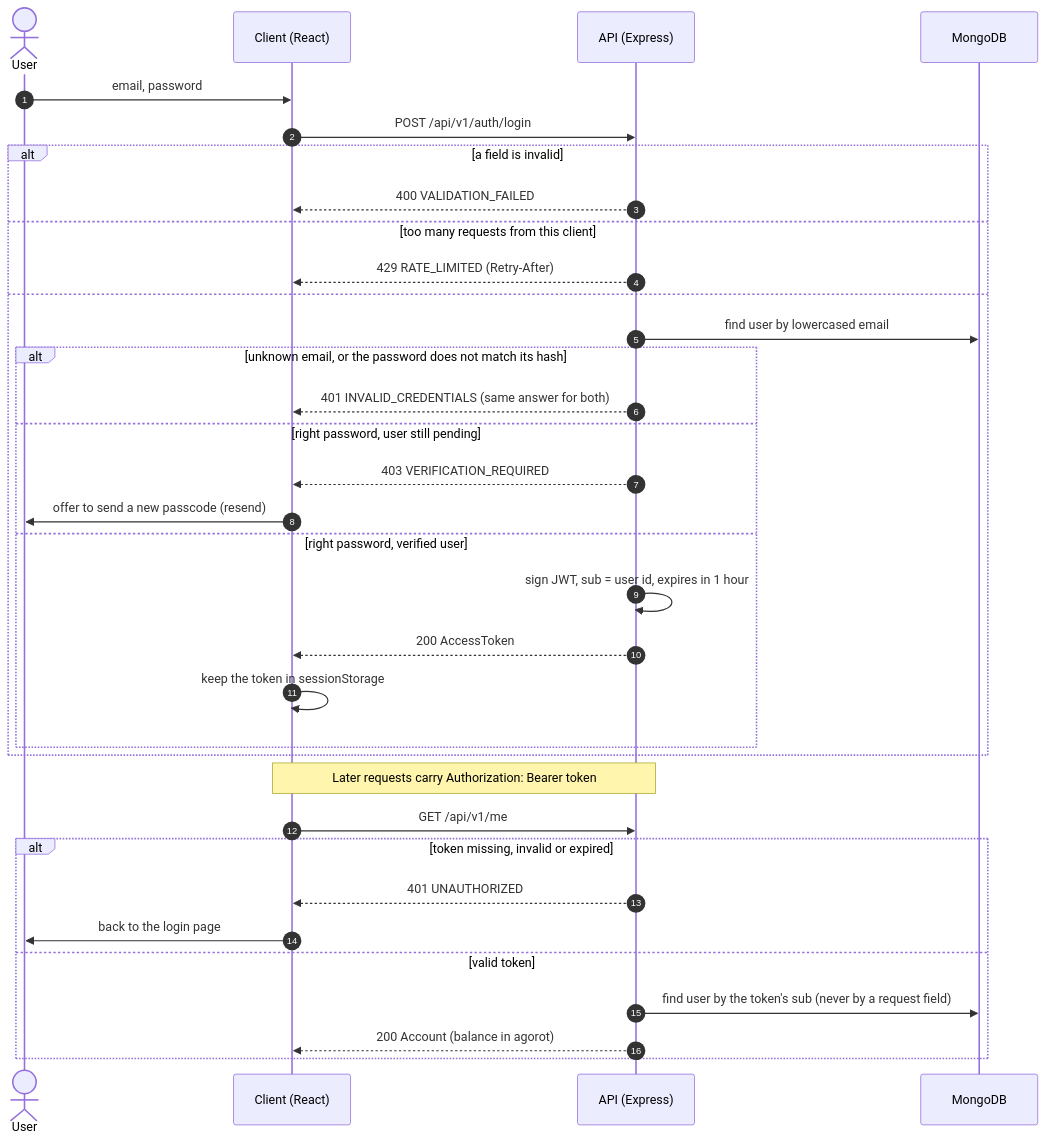
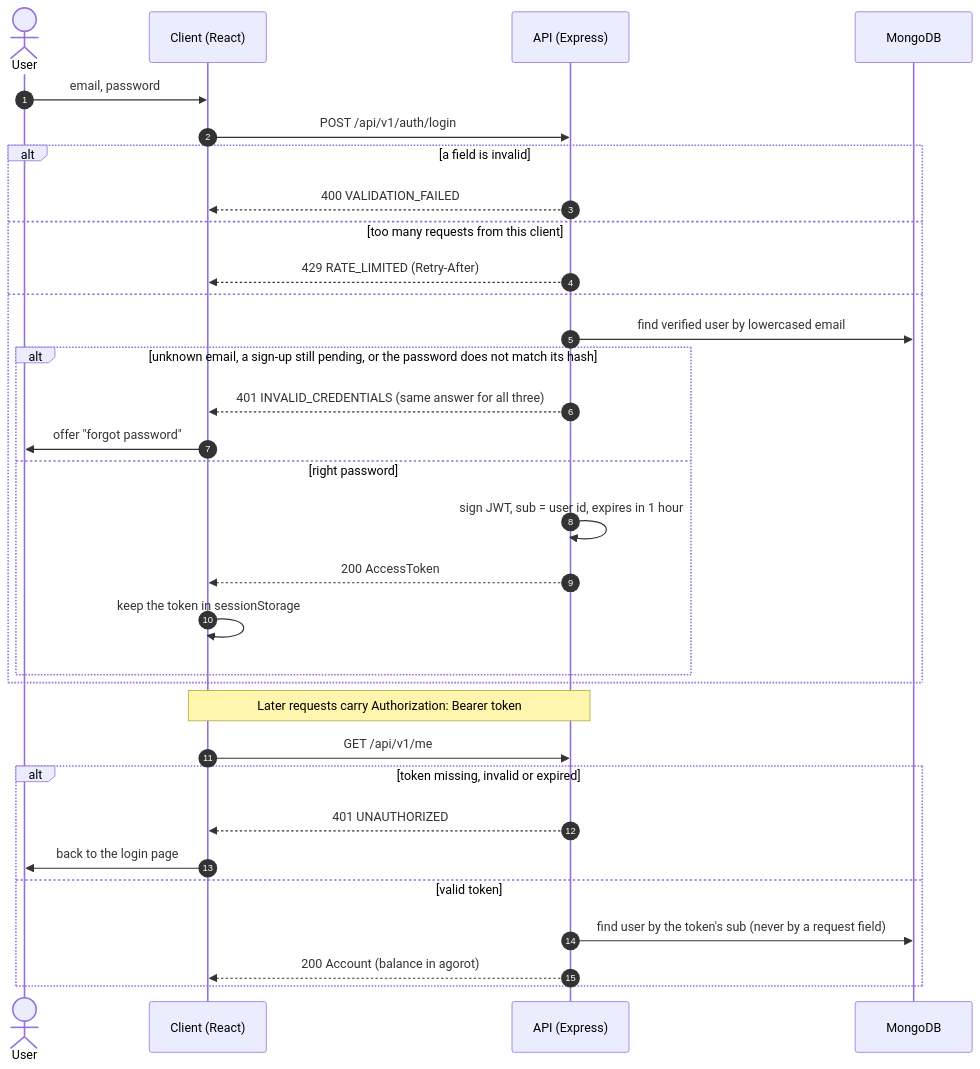
One commit to NimbleShot/web-banking-app changed the diagram in docs/diagrams/login.md. Above: the diagram before and after it, drawn with Mermaid. The commit also changed other lines of this file and 11 other files, not shown here.

First line of the commit message:
feat(api): CT-1 sign-up saves credentials with the passcode; password reset

````diff
--- a/docs/diagrams/login.md
+++ b/docs/diagrams/login.md
@@ -7,38 +10,36 @@
 ```mermaid
 sequenceDiagram
     autonumber
     actor U as User
     participant C as Client (React)
     participant API as API (Express)
     participant DB as MongoDB
 
     U->>C: email, password
     C->>API: POST /api/v1/auth/login
     alt a field is invalid
         API-->>C: 400 VALIDATION_FAILED
     else too many requests from this client
         API-->>C: 429 RATE_LIMITED (Retry-After)
     else
-        API->>DB: find user by lowercased email
-        alt unknown email, or the password does not match its hash
-            API-->>C: 401 INVALID_CREDENTIALS (same answer for both)
-        else right password, user still pending
-            API-->>C: 403 VERIFICATION_REQUIRED
-            C->>U: offer to send a new passcode (resend)
-        else right password, verified user
+        API->>DB: find verified user by lowercased email
+        alt unknown email, a sign-up still pending, or the password does not match its hash
+            API-->>C: 401 INVALID_CREDENTIALS (same answer for all three)
+            C->>U: offer "forgot password"
+        else right password
             API->>API: sign JWT, sub = user id, expires in 1 hour
             API-->>C: 200 AccessToken
             C->>C: keep the token in sessionStorage
         end
     end
 
     Note over C,API: Later requests carry Authorization: Bearer token
     C->>API: GET /api/v1/me
     alt token missing, invalid or expired
         API-->>C: 401 UNAUTHORIZED
         C->>U: back to the login page
     else valid token
         API->>DB: find user by the token's sub (never by a request field)
         API-->>C: 200 Account (balance in agorot)
     end
 ```
````
